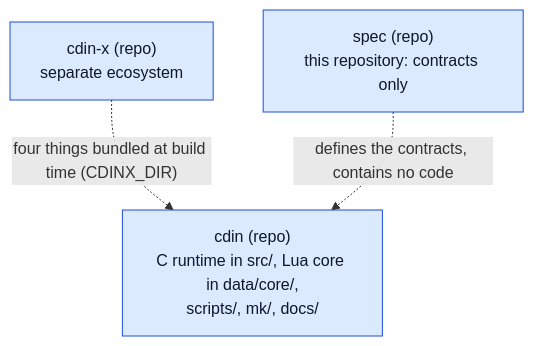
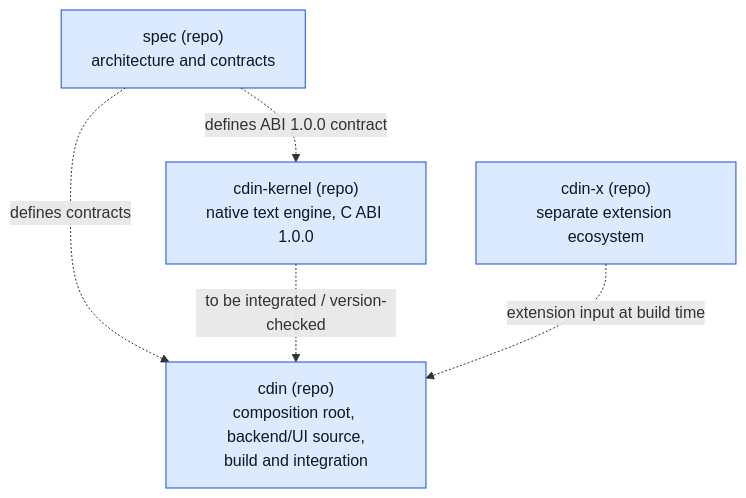
The first of 2 diagrams in docs/architecture/repositories.md (cdin-editor/spec), drawn with Mermaid before and after one commit. The commit also changed other lines of this file and 36 other files, not shown here.

First line of the commit message:
docs(spec)!: establish the CDIN architecture baseline v1.0.0

````diff
--- a/docs/architecture/repositories.md
+++ b/docs/architecture/repositories.md
@@ -9,10 +9,13 @@
 ```mermaid
 flowchart TB
-    cdinnow["cdin (repo)<br/>C runtime in src/, Lua core in data/core/,<br/>scripts/, mk/, docs/"]
-    xnow["cdin-x (repo)<br/>separate ecosystem"]
-    specnow["spec (repo)<br/>this repository: contracts only"]
-    xnow -. "four things bundled at build time (CDINX_DIR)" .-> cdinnow
-    specnow -. "defines the contracts, contains no code" .-> cdinnow
+    cdinrepo["cdin (repo)<br/>composition root, backend/UI source,<br/>build and integration"]
+    kernelrepo["cdin-kernel (repo)<br/>native text engine, C ABI 1.0.0"]
+    xnow["cdin-x (repo)<br/>separate extension ecosystem"]
+    specnow["spec (repo)<br/>architecture and contracts"]
+    specnow -. "defines contracts" .-> cdinrepo
+    specnow -. "defines ABI 1.0.0 contract" .-> kernelrepo
+    kernelrepo -. "to be integrated / version-checked" .-> cdinrepo
+    xnow -. "extension input at build time" .-> cdinrepo
     classDef comp fill:#dbeafe,stroke:#1d4ed8,color:#0f172a
-    class cdinnow,specnow,xnow comp
+    class cdinrepo,kernelrepo,specnow,xnow comp
 ```
````
